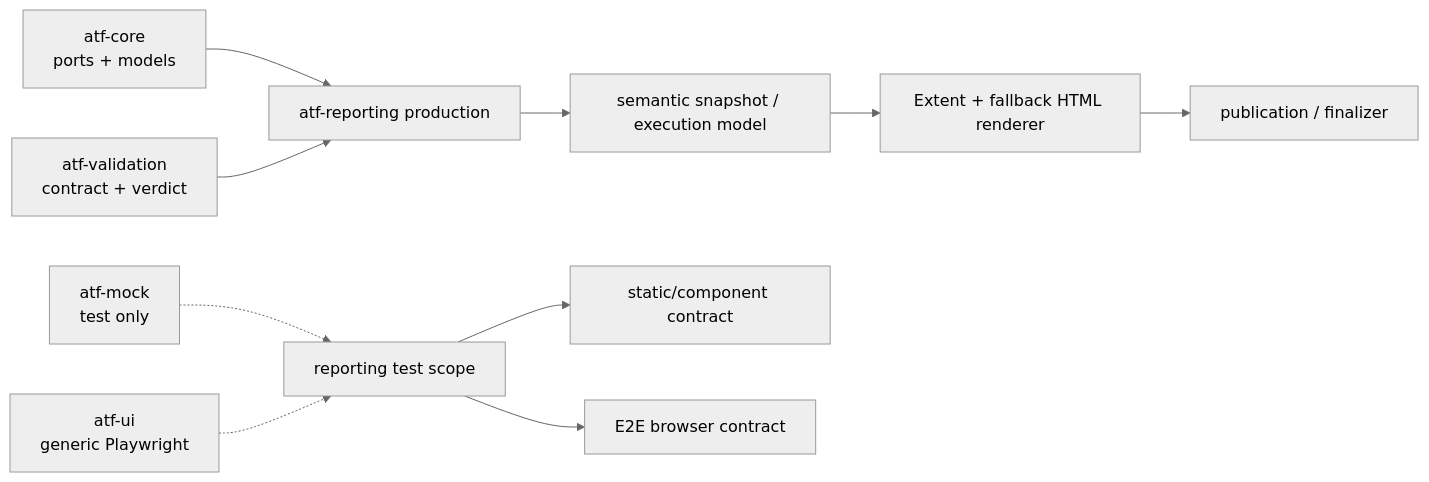
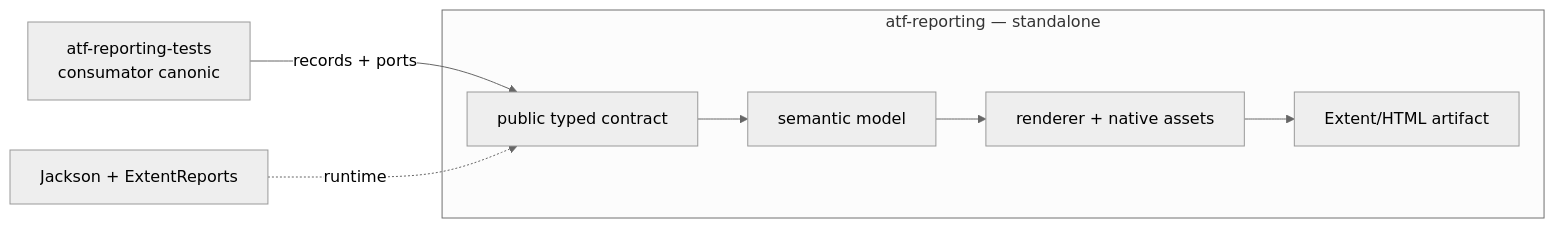
Before and after one commit to crististefanita/demo2: the first of 3 diagrams in atf-reporting/README.md, drawn with Mermaid (neutral theme). The commit also changed other lines of this file and 894 other files, not shown here.

````diff
--- a/atf-reporting/README.md
+++ b/atf-reporting/README.md
@@ -14,12 +27,11 @@
 ```mermaid
 flowchart LR
-    Core[atf-core<br/>ports + models] --> Reporting[atf-reporting production]
-    Validation[atf-validation<br/>contract + verdict] --> Reporting
-    Reporting --> Semantic[semantic snapshot / execution model]
-    Semantic --> Renderer[Extent + fallback HTML renderer]
-    Renderer --> Publisher[publication / finalizer]
-    Mock[atf-mock<br/>test only] -.-> TestKit[reporting test scope]
-    Ui[atf-ui<br/>generic Playwright] -.-> TestKit
-    TestKit --> Contract[static/component contract]
-    TestKit --> Browser[E2E browser contract]
+    Consumer[atf-reporting-tests<br/>consumator canonic]
+    subgraph Library[atf-reporting — standalone]
+        Contract[public typed contract] --> Model[semantic model]
+        Model --> Renderer[renderer + native assets]
+        Renderer --> Artifact[Extent/HTML artifact]
+    end
+    Consumer -->|records + ports| Contract
+    Vendor[Jackson + ExtentReports] -. runtime .-> Contract
 ```
````
